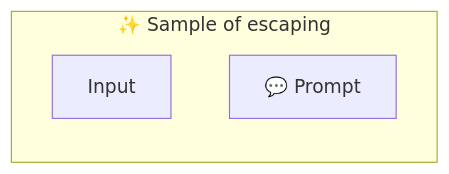
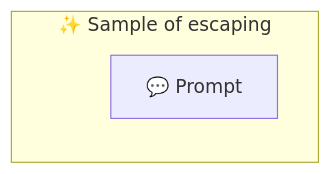
One commit to webgptorg/promptbook changed the diagram in samples/templates/30-escaping.ptbk.md. Above: the diagram before and after it, drawn with Mermaid. The commit also changed 16 other files, not shown here.

Commit message:
Auto-generated Mermaid graphs of promptboks

````diff
--- a/samples/templates/30-escaping.ptbk.md
+++ b/samples/templates/30-escaping.ptbk.md
@@ -10,19 +10,15 @@
 ```mermaid
 %% 🔮 Tip: Open this on GitHub or in the VSCode website to see the Mermaid graph visually
 
 flowchart LR
-    subgraph "✨ Sample of escaping"
+  subgraph "✨ Sample of escaping"
 
-        direction TB
+      direction TB
 
-        input[Input]
+      input[Input]:::hidden
+      templatePrompt[💬 Prompt]
 
+      classDef hidden display: none;
 
-        templatePrompt[💬 Prompt]
-
-
-
-
-
-    end
+  end;
 ```
````
